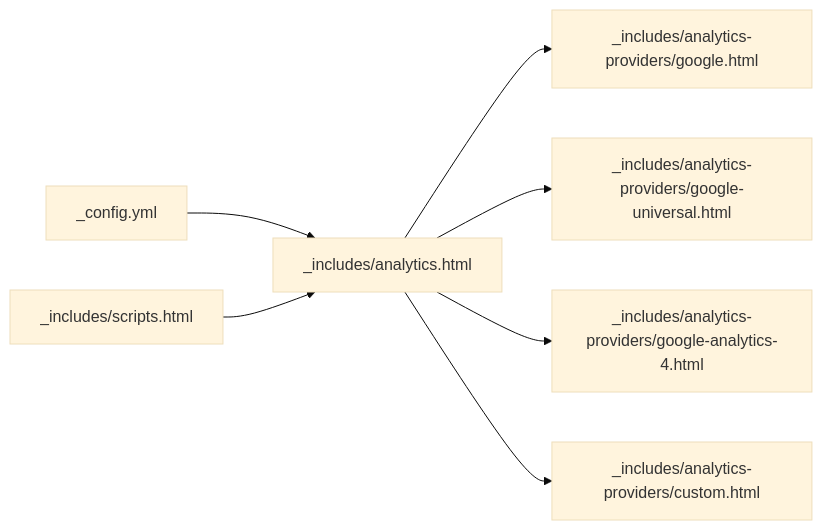
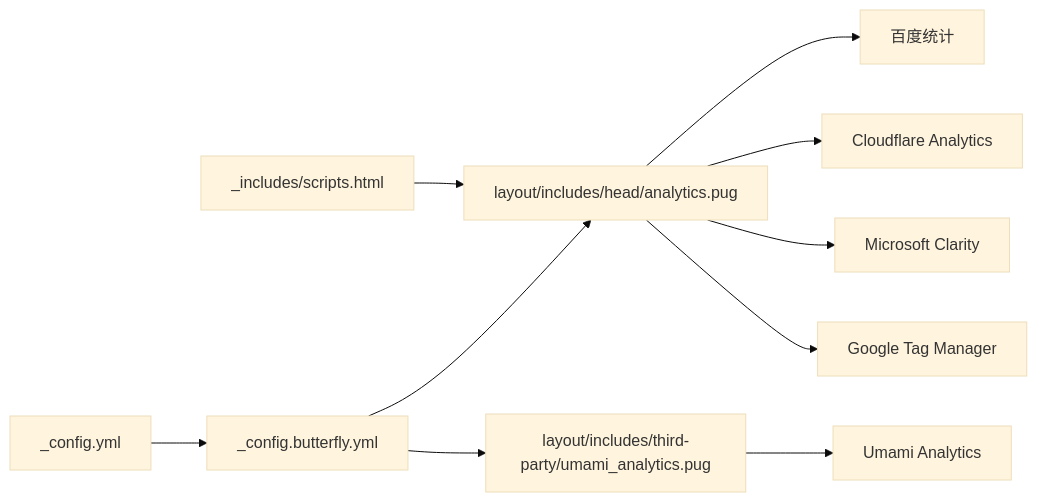
One commit to CoolPig0720/CoolPig0720.github.io changed the third of 3 diagrams in .qoder/repowiki/zh/content/社交和集成功能/分析工具配置.md. Above: the diagram before and after it, drawn with Mermaid (base theme). The commit also changed other lines of this file and 36 other files, not shown here.

````diff
--- a/.qoder/repowiki/zh/content/社交和集成功能/分析工具配置.md
+++ b/.qoder/repowiki/zh/content/社交和集成功能/分析工具配置.md
@@ -205,9 +255,12 @@
 ```mermaid
 graph LR
-C["_config.yml"] --> H["_includes/analytics.html"]
-H --> G1["_includes/analytics-providers/google.html"]
-H --> G2["_includes/analytics-providers/google-universal.html"]
-H --> G3["_includes/analytics-providers/google-analytics-4.html"]
-H --> GC["_includes/analytics-providers/custom.html"]
+C["_config.yml"] --> BC["_config.butterfly.yml"]
+BC --> H["layout/includes/head/analytics.pug"]
+BC --> U["layout/includes/third-party/umami_analytics.pug"]
+H --> B["百度统计"]
+H --> CF["Cloudflare Analytics"]
+H --> MC["Microsoft Clarity"]
+H --> GTM["Google Tag Manager"]
+U --> UMA["Umami Analytics"]
 S["_includes/scripts.html"] --> H
 ```
````
